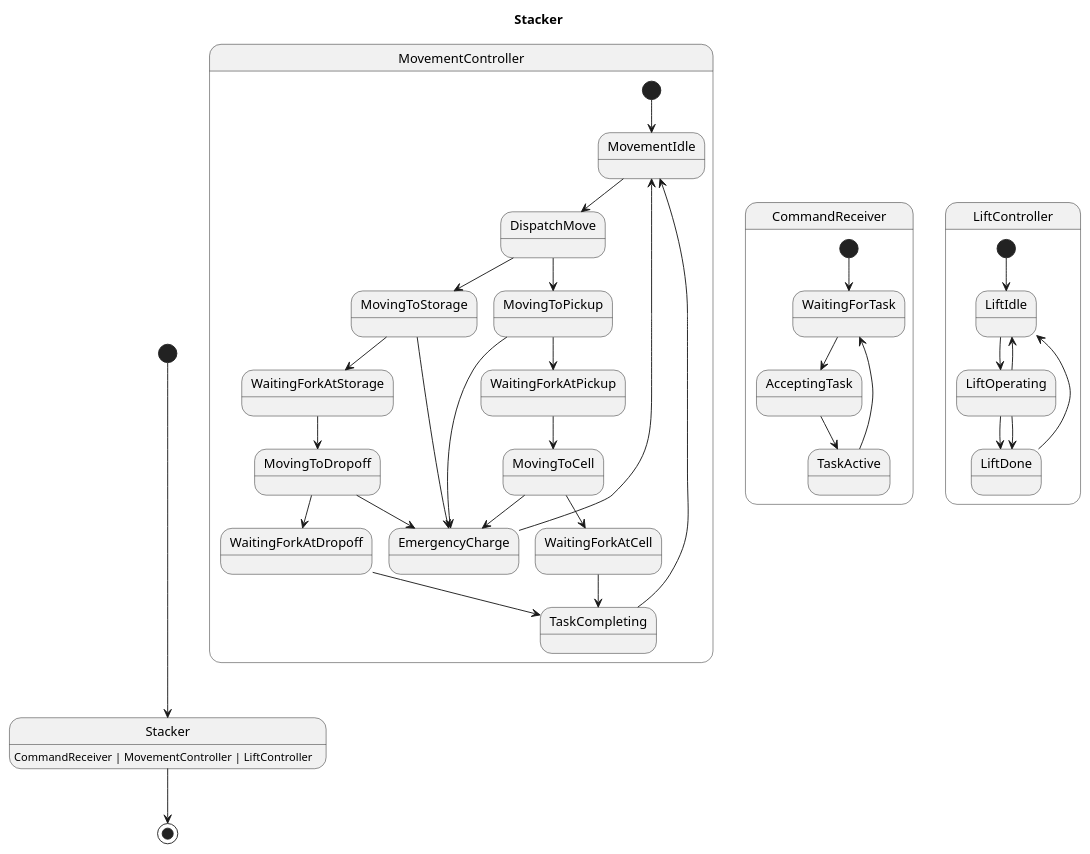
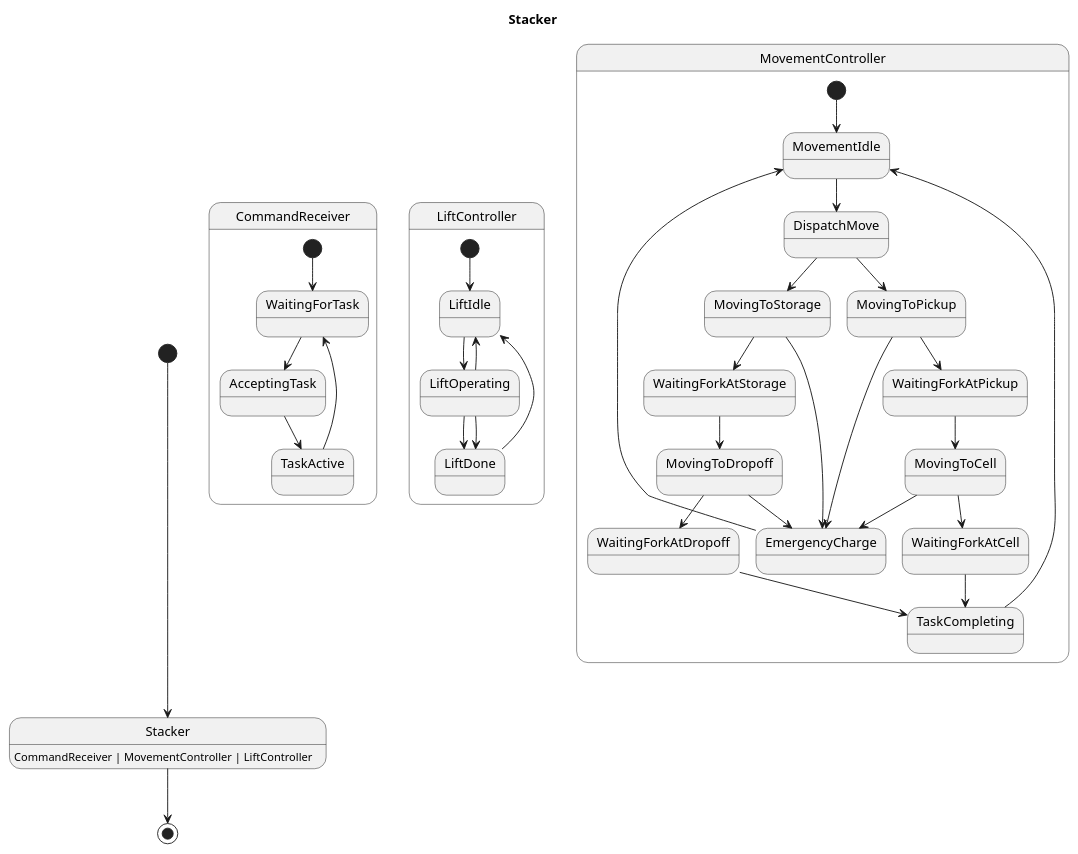
One commit to Pastor/Takt changed the diagram in examples/generated/plantuml/stacker.puml. Above: the diagram before and after it, drawn with PlantUML. The commit also changed other lines of this file and 21 other files, not shown here.

```diff
--- a/examples/generated/plantuml/stacker.puml
+++ b/examples/generated/plantuml/stacker.puml
@@ -1,45 +1,45 @@
 @startuml
 title Stacker
 
 [*] --> Stacker
 Stacker : CommandReceiver | MovementController | LiftController
 Stacker --> [*]
 
-state MovementController {
-    [*] --> MovementIdle
-    MovementIdle --> DispatchMove
-    EmergencyCharge --> MovementIdle
-    MovingToCell --> WaitingForkAtCell
-    MovingToCell --> EmergencyCharge
-    MovingToPickup --> WaitingForkAtPickup
-    MovingToPickup --> EmergencyCharge
-    TaskCompleting --> MovementIdle
-    WaitingForkAtPickup --> MovingToCell
-    WaitingForkAtStorage --> MovingToDropoff
-    MovingToDropoff --> WaitingForkAtDropoff
-    MovingToDropoff --> EmergencyCharge
-    MovingToStorage --> WaitingForkAtStorage
-    MovingToStorage --> EmergencyCharge
-    DispatchMove --> MovingToPickup
-    DispatchMove --> MovingToStorage
-    WaitingForkAtDropoff --> TaskCompleting
-    WaitingForkAtCell --> TaskCompleting
-}
-
 state CommandReceiver {
     [*] --> WaitingForTask
+    WaitingForTask --> AcceptingTask
     AcceptingTask --> TaskActive
     TaskActive --> WaitingForTask
-    WaitingForTask --> AcceptingTask
 }
 
 state LiftController {
     [*] --> LiftIdle
     LiftOperating --> LiftDone
     LiftOperating --> LiftDone
     LiftOperating --> LiftIdle
     LiftIdle --> LiftOperating
     LiftDone --> LiftIdle
 }
 
+state MovementController {
+    [*] --> MovementIdle
+    MovingToDropoff --> WaitingForkAtDropoff
+    MovingToDropoff --> EmergencyCharge
+    MovingToPickup --> WaitingForkAtPickup
+    MovingToPickup --> EmergencyCharge
+    DispatchMove --> MovingToPickup
+    DispatchMove --> MovingToStorage
+    MovingToStorage --> WaitingForkAtStorage
+    MovingToStorage --> EmergencyCharge
+    WaitingForkAtDropoff --> TaskCompleting
+    MovementIdle --> DispatchMove
+    WaitingForkAtStorage --> MovingToDropoff
+    EmergencyCharge --> MovementIdle
+    MovingToCell --> WaitingForkAtCell
+    MovingToCell --> EmergencyCharge
+    WaitingForkAtPickup --> MovingToCell
+    WaitingForkAtCell --> TaskCompleting
+    TaskCompleting --> MovementIdle
+}
+
 @enduml
```
